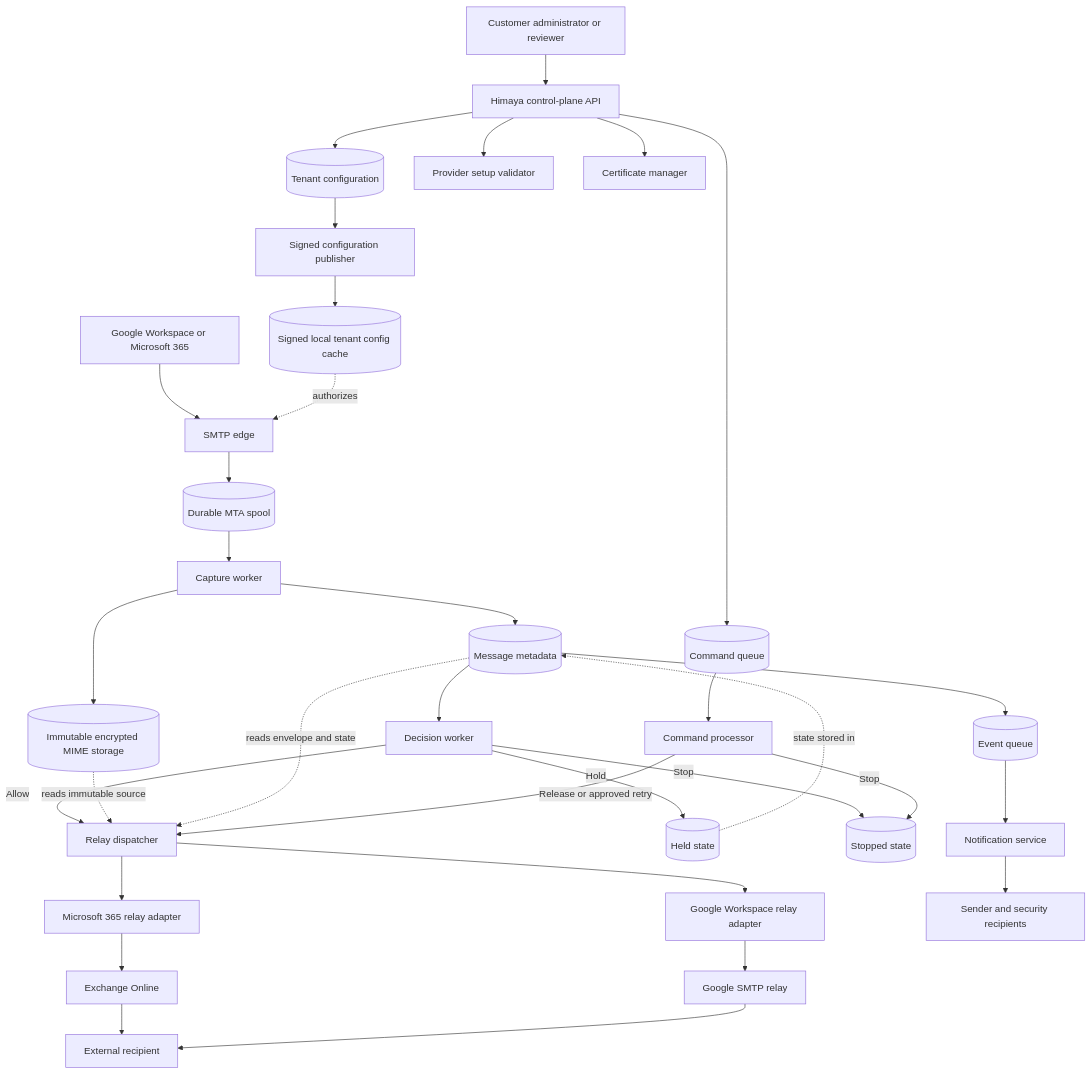
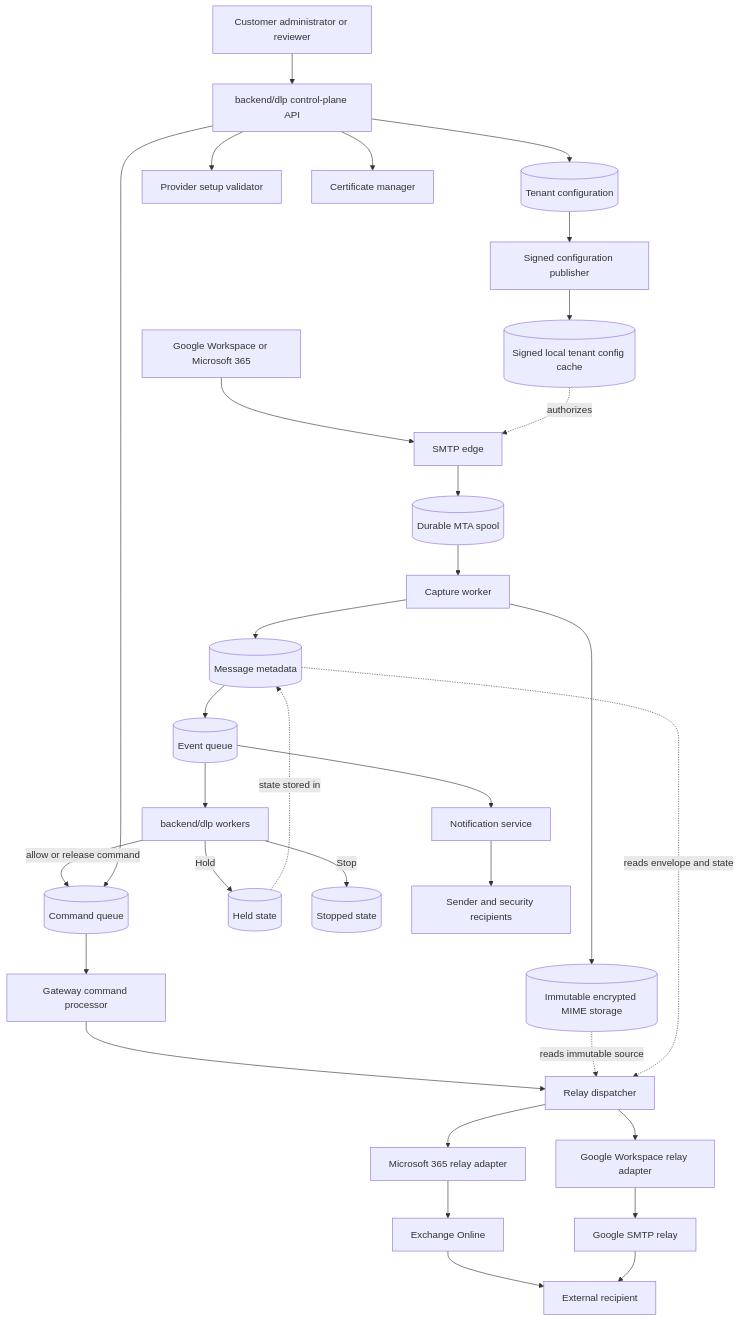
The second of 9 diagrams in docs/DLP_INGRESS_GATEWAY_PLAN.md (Himaya-AI/himaya-prod-azure), drawn with Mermaid before and after one commit. The commit also changed other lines of this file and 1 other file, not shown here.

Commit message:
add DLP backend roadmap Doc

````diff
--- a/docs/DLP_INGRESS_GATEWAY_PLAN.md
+++ b/docs/DLP_INGRESS_GATEWAY_PLAN.md
@@ -139,39 +144,38 @@
 ```mermaid
 flowchart TD
     Provider[Google Workspace or Microsoft 365] --> Edge[SMTP edge]
     ConfigCache[(Signed local tenant config cache)] -. authorizes .-> Edge
     Edge --> Spool[(Durable MTA spool)]
     Spool --> Capture[Capture worker]
     Capture --> MIME[(Immutable encrypted MIME storage)]
     Capture --> Metadata[(Message metadata)]
-    Metadata --> Decision[Decision worker]
+    Metadata --> Events[(Event queue)]
 
-    Decision -->|Allow| Relay[Relay dispatcher]
-    Decision -->|Hold| Held[(Held state)]
-    Decision -->|Stop| Stopped[(Stopped state)]
+    Events --> AppWorkers[backend/dlp workers]
+    AppWorkers -->|allow or release command| Commands[(Command queue)]
+    AppWorkers -->|Hold| Held[(Held state)]
+    AppWorkers -->|Stop| Stopped[(Stopped state)]
     Held -. state stored in .-> Metadata
 
+    Commands --> CommandProcessor[Gateway command processor]
+    CommandProcessor --> Relay[Relay dispatcher]
     Relay --> M365Adapter[Microsoft 365 relay adapter]
     Relay --> GoogleAdapter[Google Workspace relay adapter]
     MIME -. reads immutable source .-> Relay
     Metadata -. reads envelope and state .-> Relay
     M365Adapter --> EXO[Exchange Online]
     GoogleAdapter --> GoogleRelay[Google SMTP relay]
     EXO --> Recipient[External recipient]
     GoogleRelay --> Recipient
 
-    Admin[Customer administrator or reviewer] --> API[Himaya control-plane API]
+    Admin[Customer administrator or reviewer] --> API[backend/dlp control-plane API]
     API --> Config[(Tenant configuration)]
     API --> Setup[Provider setup validator]
     API --> Certificates[Certificate manager]
-    API --> Commands[(Command queue)]
-    Commands --> CommandProcessor[Command processor]
-    CommandProcessor -->|Release or approved retry| Relay
-    CommandProcessor -->|Stop| Stopped
+    API --> Commands
     Config --> Publisher[Signed configuration publisher]
     Publisher --> ConfigCache
 
-    Metadata --> Events[(Event queue)]
     Events --> Notifications[Notification service]
     Notifications --> Sender[Sender and security recipients]
 ```
````
